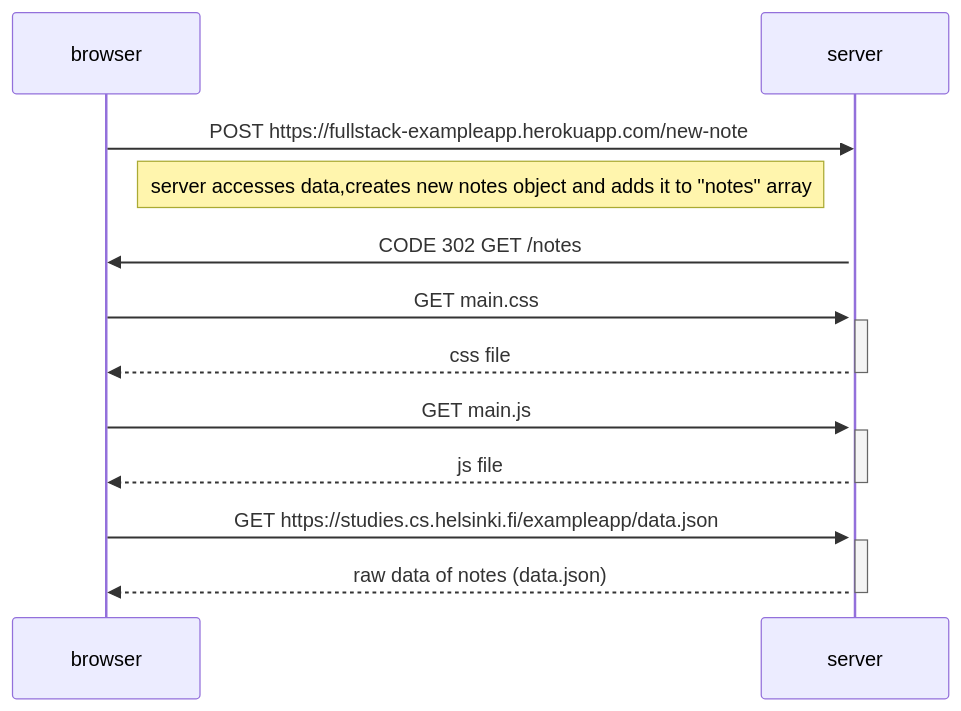
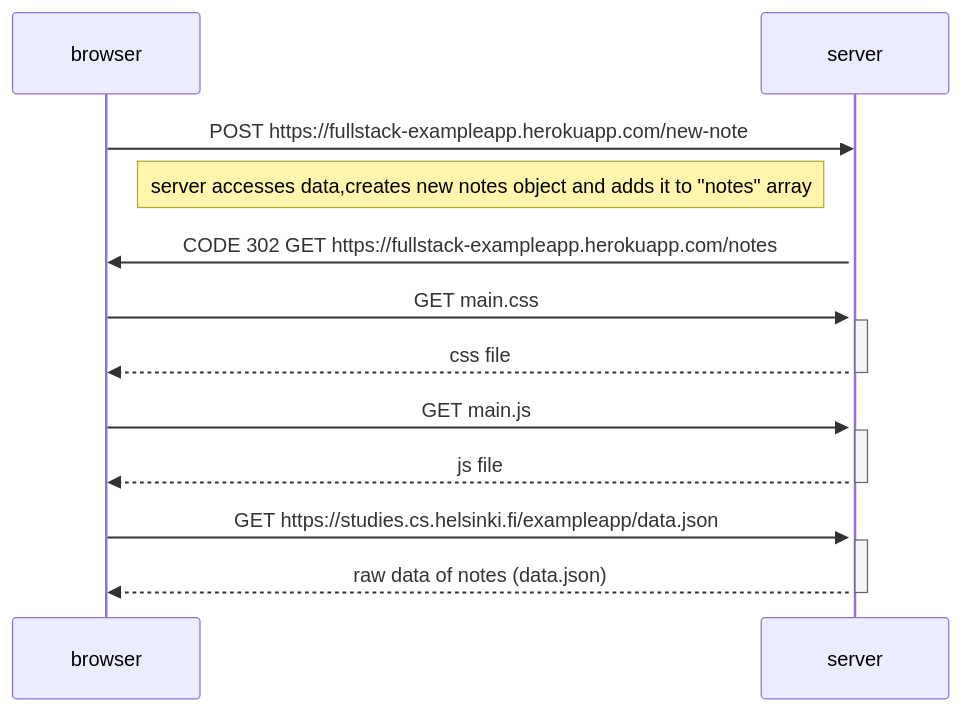
One commit to RagedRebel/fullstack changed the diagram in part 0/ex4.md. Above: the diagram before and after it, drawn with Mermaid.

Commit message:
exercise 4 edit

````diff
--- a/part 0/ex4.md
+++ b/part 0/ex4.md
@@ -1,28 +1,28 @@
 ```mermaid
 sequenceDiagram
     participant browser
     participant server
 
     browser->>server: POST https://fullstack-exampleapp.herokuapp.com/new-note
     activate server
     Note left of server:server accesses data,creates new notes object and adds it to "notes" array
-    server->>browser:CODE 302 GET /notes
+    server->>browser:CODE 302 GET https://fullstack-exampleapp.herokuapp.com/notes
 
     browser->>server: GET main.css
     activate server
     server-->>browser: css file
     deactivate server
 
     browser->>server: GET main.js
     activate server
     server-->>browser: js file
     deactivate server
 
 
     browser->>server: GET https://studies.cs.helsinki.fi/exampleapp/data.json
     activate server
     server-->>browser: raw data of notes (data.json)
     deactivate server
 
     
 ```
````
